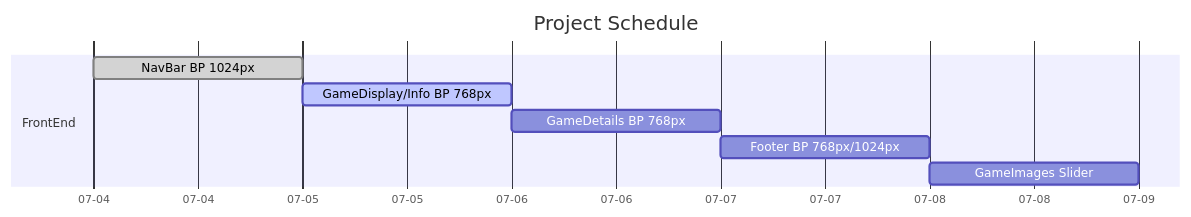
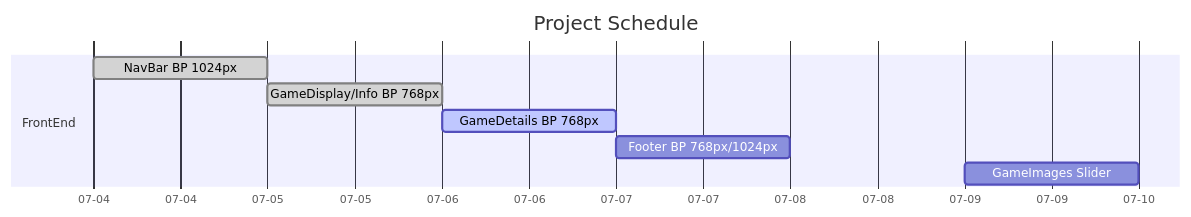
The diagram in README.md (RafaelM011/Nintendo_Website), drawn with Mermaid before and after one commit.

Commit message:
readme update

````diff
--- a/README.md
+++ b/README.md
@@ -12,12 +12,12 @@
 ```mermaid
     gantt
         title Project Schedule
         dateFormat MM-DD
         axisFormat %m-%d
         section FrontEnd
             NavBar BP 1024px                :done, 07-04, 1d
-            GameDisplay/Info BP 768px       :active, 07-05, 1d
-            GameDetails BP 768px            : 07-06, 1d
+            GameDisplay/Info BP 768px       :done, 07-05, 1d
+            GameDetails BP 768px            :active, 07-06, 1d
             Footer BP 768px/1024px          : 07-07, 1d
-            GameImages Slider               : 07-08, 1d
+            GameImages Slider               : 07-09, 1d
 ```
````
